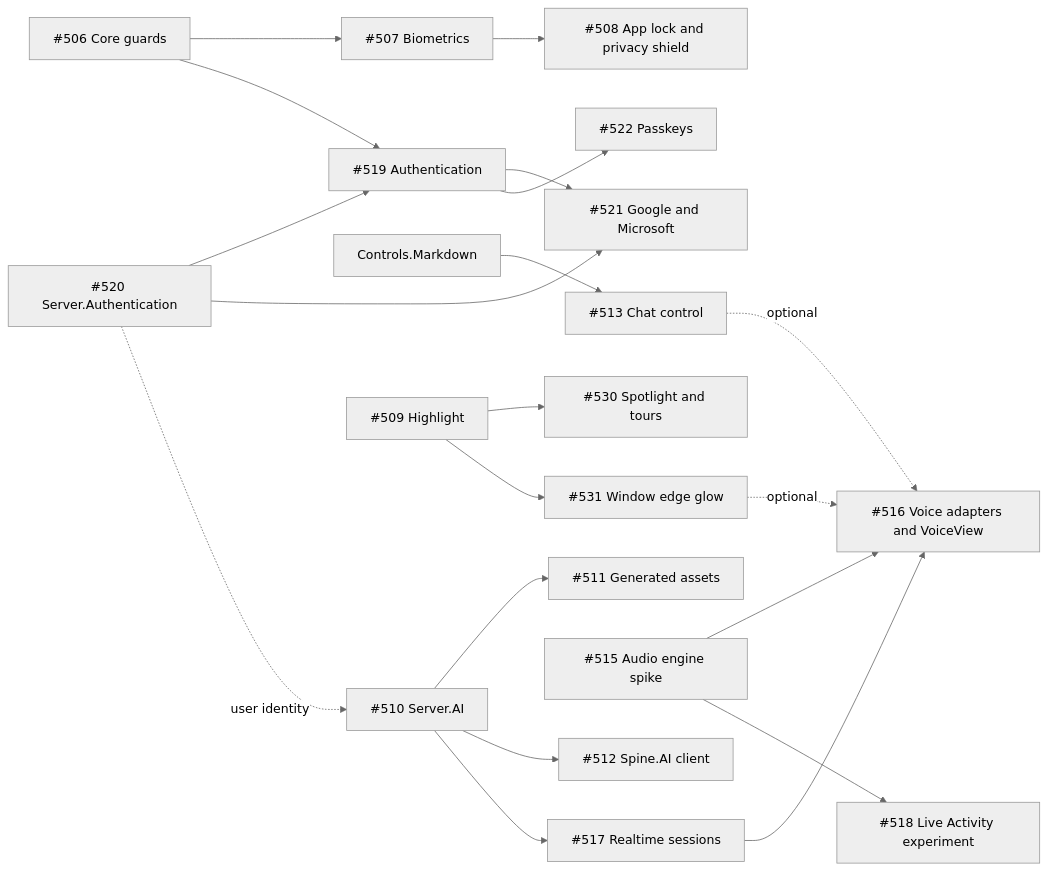
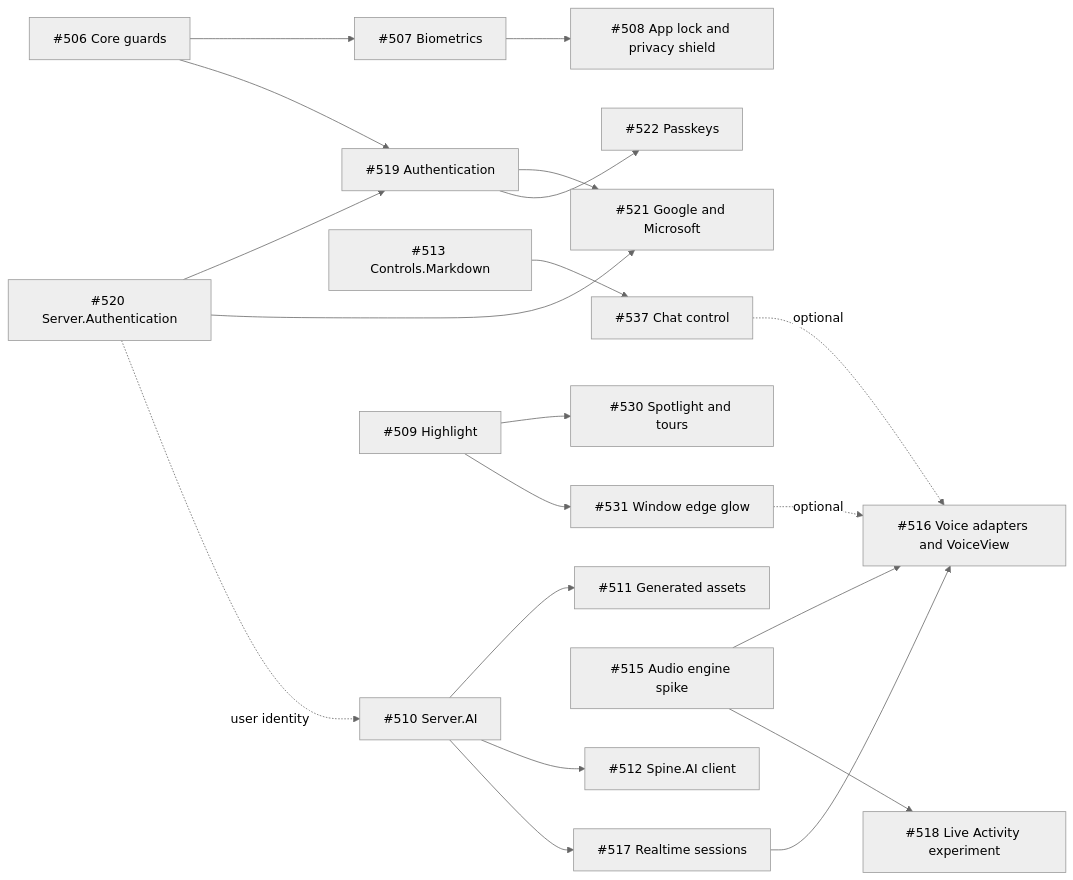
One commit to jonatansoderberg/Maui.Spine changed the diagram in docs/plans/ai-and-security.md. Above: the diagram before and after it, drawn with Mermaid (neutral theme). The commit also changed other lines of this file and 29 other files, not shown here.

Commit message:
Spine.Controls.Markdown: MarkdownView on native views, re-rendered block by block (#513)

````diff
--- a/docs/plans/ai-and-security.md
+++ b/docs/plans/ai-and-security.md
@@ -62,22 +62,22 @@
 ```mermaid
 graph LR
   G[#506 Core guards] --> BIO[#507 Biometrics]
   BIO --> LOCK[#508 App lock and privacy shield]
   G --> AUTH[#519 Authentication]
   SA[#520 Server.Authentication] --> AUTH
   AUTH --> GM[#521 Google and Microsoft]
   SA --> GM
   AUTH --> PK[#522 Passkeys]
-  MD[Controls.Markdown] --> CHAT
+  MD[#513 Controls.Markdown] --> CHAT
   AI[#510 Server.AI] --> ASSET[#511 Generated assets]
   AI --> CL[#512 Spine.AI client]
   AI --> RT[#517 Realtime sessions]
   VE[#515 Audio engine spike] --> VO[#516 Voice adapters and VoiceView]
   RT --> VO
   VE --> LA[#518 Live Activity experiment]
   HL[#509 Highlight] --> SPOT[#530 Spotlight and tours]
   HL --> EDGE[#531 Window edge glow]
   EDGE -.optional.-> VO
-  CHAT[#513 Chat control] -.optional.-> VO
+  CHAT[#537 Chat control] -.optional.-> VO
   SA -.user identity.-> AI
 ```
````
